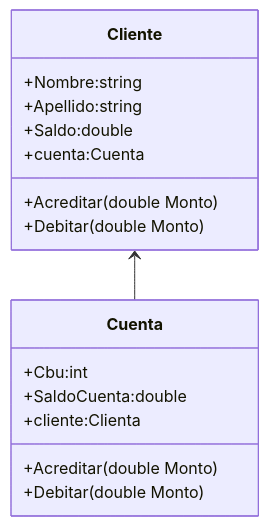
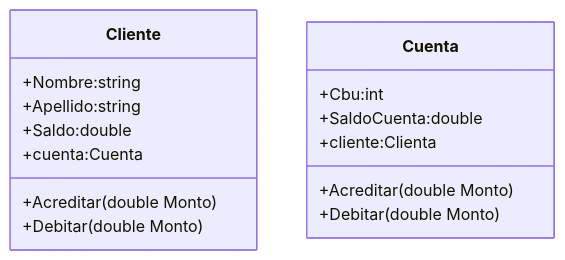
One commit to JRyoy/Banco changed the diagram in README.md. Above: the diagram before and after it, drawn with Mermaid.

````diff
--- a/README.md
+++ b/README.md
@@ -2,26 +2,26 @@
 ```mermaid
 classDiagram
 
 class Cliente{
 
     +Nombre:string
     +Apellido:string
     +Saldo:double
     +cuenta:Cuenta
     +Acreditar(double Monto)
     +Debitar(double Monto)
 
 }
-Cliente<--Cuenta
+
 class Cuenta{
     +Cbu:int
     +SaldoCuenta:double 
     +cliente:Clienta
     +Acreditar(double Monto)
     +Debitar(double Monto)
 }
     
 
 
 
 ```
````
